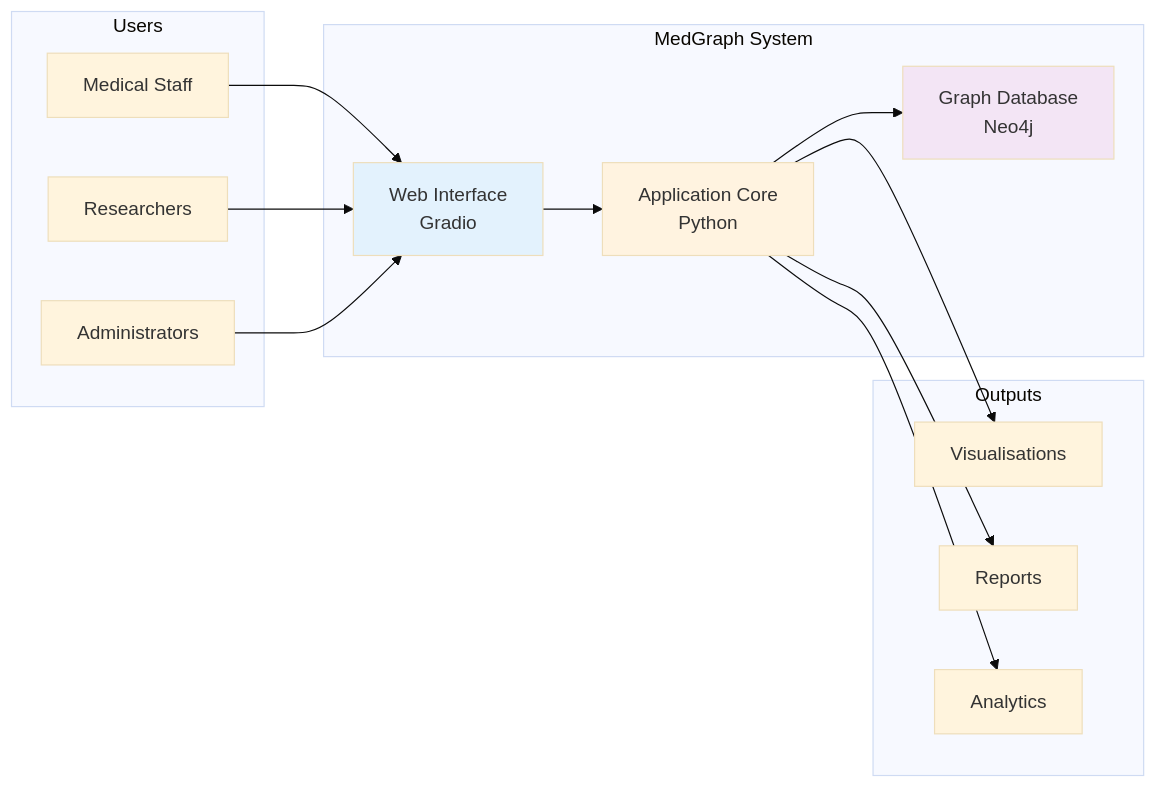
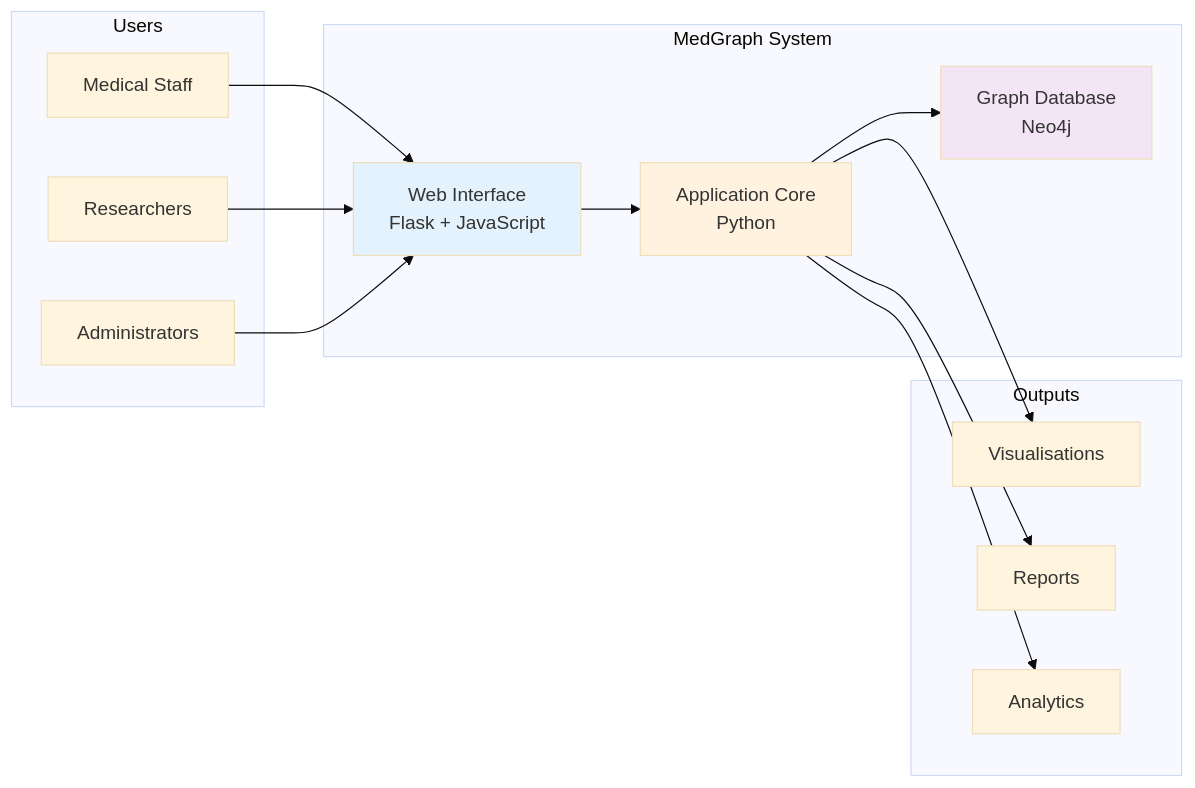
Before and after one commit to AL-Kaisi/MedGraph: the first of 6 diagrams in README.md, drawn with Mermaid (base theme). The commit also changed other lines of this file and 31 other files, not shown here.

````diff
--- a/README.md
+++ b/README.md
@@ -41,33 +41,33 @@
 ```mermaid
 graph LR
     subgraph Users
         A[Medical Staff]
         B[Researchers]
         C[Administrators]
     end
 
     subgraph MedGraph System
-        D[Web Interface<br/>Gradio]
+        D[Web Interface<br/>Flask + JavaScript]
         E[Application Core<br/>Python]
         F[Graph Database<br/>Neo4j]
     end
 
     subgraph Outputs
         G[Visualisations]
         H[Reports]
         I[Analytics]
     end
 
     A --> D
     B --> D
     C --> D
     D --> E
     E --> F
     E --> G
     E --> H
     E --> I
 
     style D fill:#e3f2fd
     style E fill:#fff3e0
     style F fill:#f3e5f5
 ```
````
